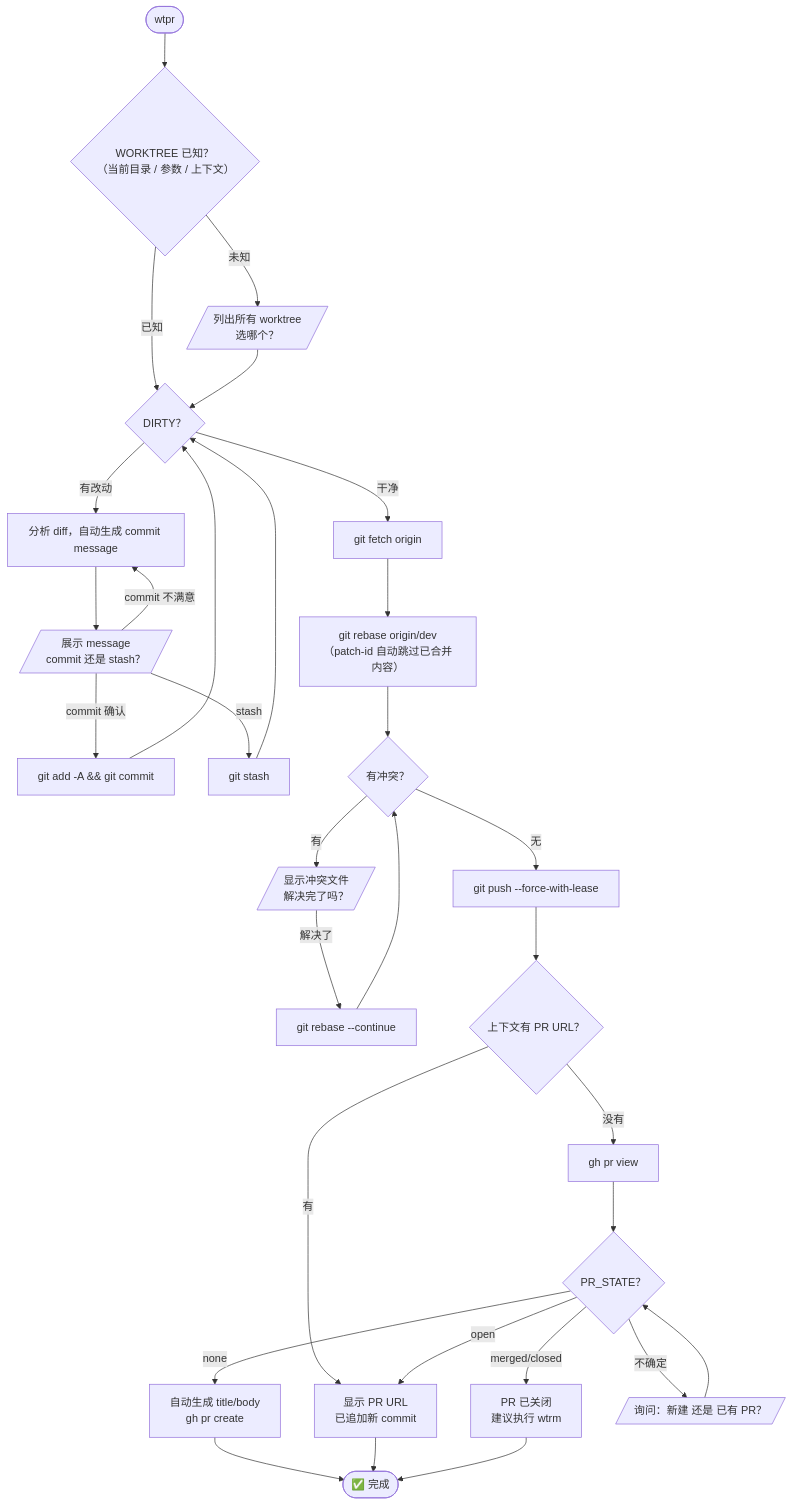
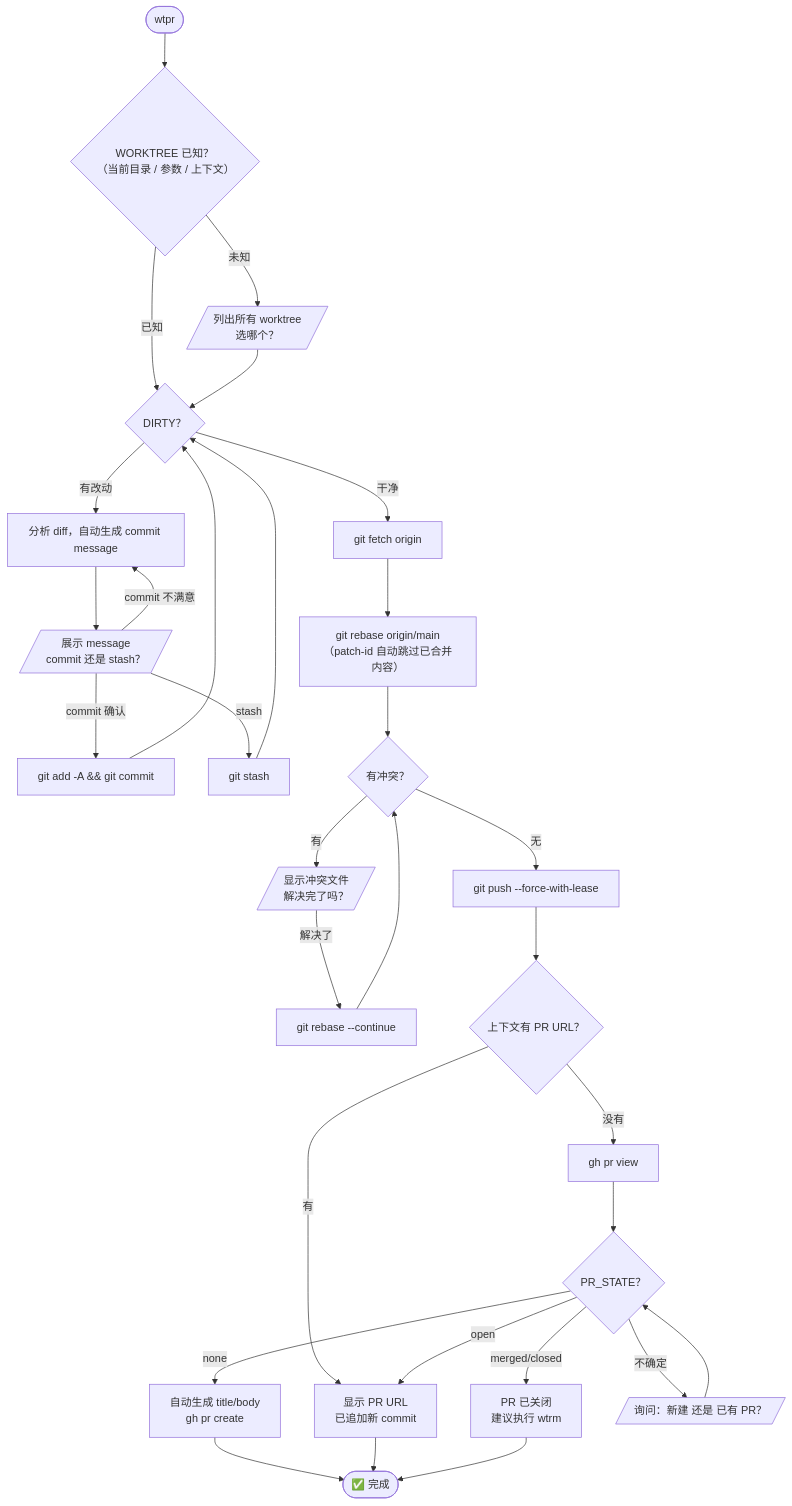
The diagram in .claude/skills/wtpr/prototype.md (OpenDCAI/leonai), drawn with Mermaid before and after one commit. The commit also changed other lines of this file and 6 other files, not shown here.

Commit message:
chore: update branch references from dev/master to main

````diff
--- a/.claude/skills/wtpr/prototype.md
+++ b/.claude/skills/wtpr/prototype.md
@@ -5,34 +5,34 @@
 ```mermaid
 flowchart TD
     START(["wtpr"]) --> W{"WORKTREE 已知？\n（当前目录 / 参数 / 上下文）"}
     W -- 已知 --> D
     W -- 未知 --> WASK[/"列出所有 worktree\n选哪个？"/] --> D
 
     D{"DIRTY？"}
     D -- 干净 --> FETCH
     D -- 有改动 --> ANALYZE["分析 diff，自动生成 commit message"]
     ANALYZE --> DASK[/"展示 message\ncommit 还是 stash？"/]
     DASK -- commit 确认 --> COMMIT["git add -A && git commit"] --> D
     DASK -- commit 不满意 --> ANALYZE
     DASK -- stash --> STASH["git stash"] --> D
 
-    FETCH["git fetch origin"] --> REBASE["git rebase origin/dev\n（patch-id 自动跳过已合并内容）"]
+    FETCH["git fetch origin"] --> REBASE["git rebase origin/main\n（patch-id 自动跳过已合并内容）"]
 
     REBASE --> RC{"有冲突？"}
     RC -- 无 --> PUSH
     RC -- 有 --> WAIT[/"显示冲突文件\n解决完了吗？"/]
     WAIT -- 解决了 --> CONT["git rebase --continue"] --> RC
 
     PUSH["git push --force-with-lease"] --> PRDET{"上下文有 PR URL？"}
 
     PRDET -- 有 --> UPDATE
     PRDET -- 没有 --> GHVIEW["gh pr view"]
     GHVIEW --> PR{"PR_STATE？"}
 
     PR -- none --> CREATE["自动生成 title/body\ngh pr create"] --> DONE
     PR -- open --> UPDATE["显示 PR URL\n已追加新 commit"] --> DONE
     PR -- merged/closed --> WARN["PR 已关闭\n建议执行 wtrm"] --> DONE
     PR -- 不确定 --> ASK[/"询问：新建 还是 已有 PR？"/] --> PR
 
     DONE(["✅ 完成"])
 ```
````
